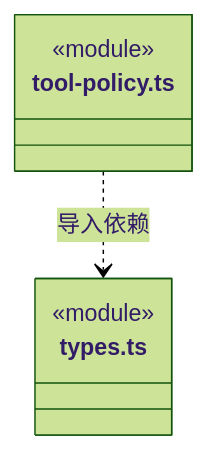
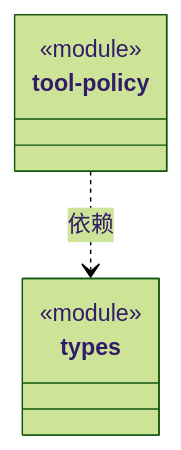
The diagram in src/logic/tools/rules/policy/ARCHITECTURE.md (nan023062/cbim), drawn with Mermaid (forest theme) before and after one commit. The commit also changed other lines of this file and 158 other files, not shown here.

Commit message:
docs: model architecture through nested virtual encapsulations

````diff
--- a/src/logic/tools/rules/policy/ARCHITECTURE.md
+++ b/src/logic/tools/rules/policy/ARCHITECTURE.md
@@ -167,10 +18,12 @@
 ```mermaid
 classDiagram
-class N_src_logic_tools_rules_policy_tool_policy_ts["tool-policy.ts"] {
+class N_63ac5998cdcf["tool-policy"] {
   <<module>>
 }
-class N_src_logic_tools_rules_policy_types_ts["types.ts"] {
+click N_63ac5998cdcf href "tool-policy.ts"
+class N_fac35cc511fb["types"] {
   <<module>>
 }
-N_src_logic_tools_rules_policy_tool_policy_ts ..> N_src_logic_tools_rules_policy_types_ts : 导入依赖
+click N_fac35cc511fb href "types.ts"
+N_63ac5998cdcf ..> N_fac35cc511fb : 依赖
 ```
````
